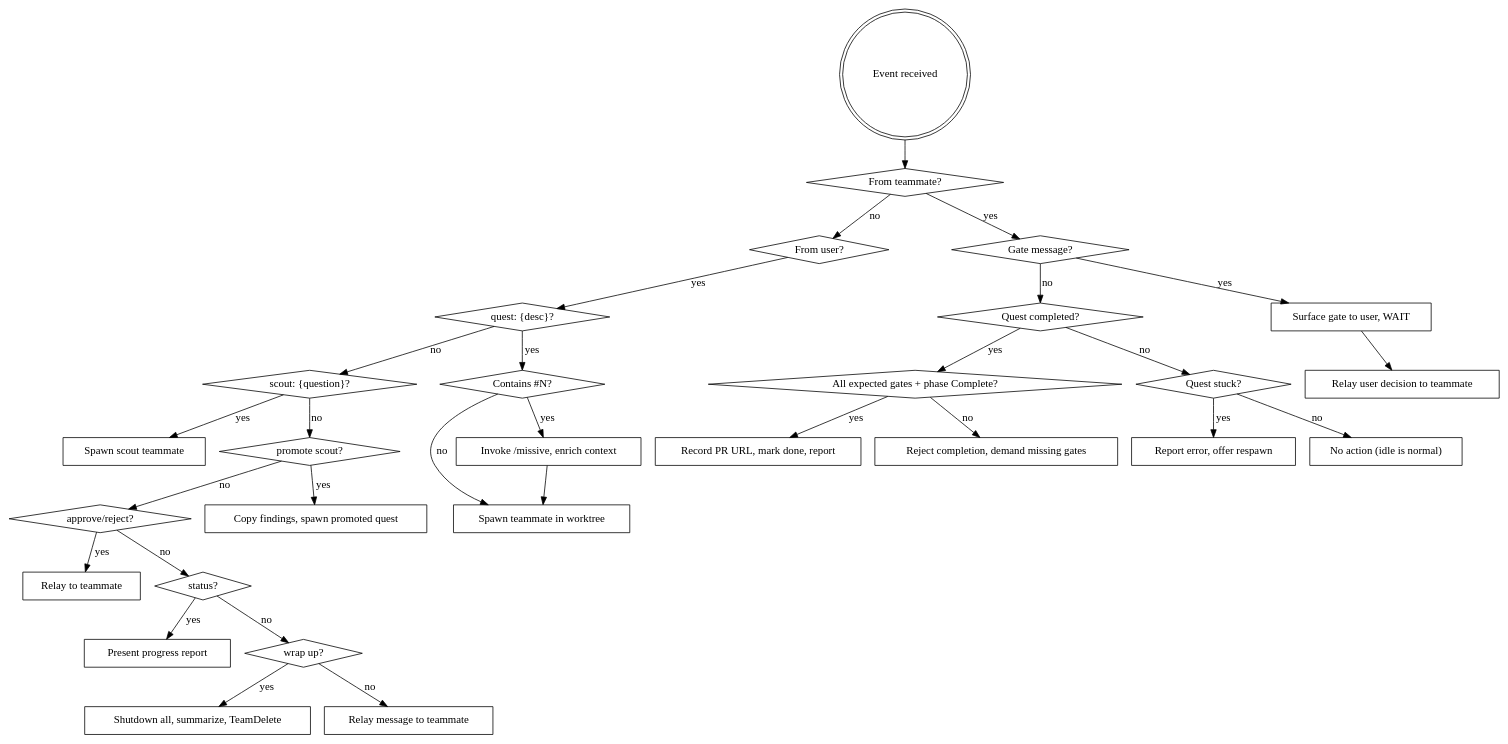
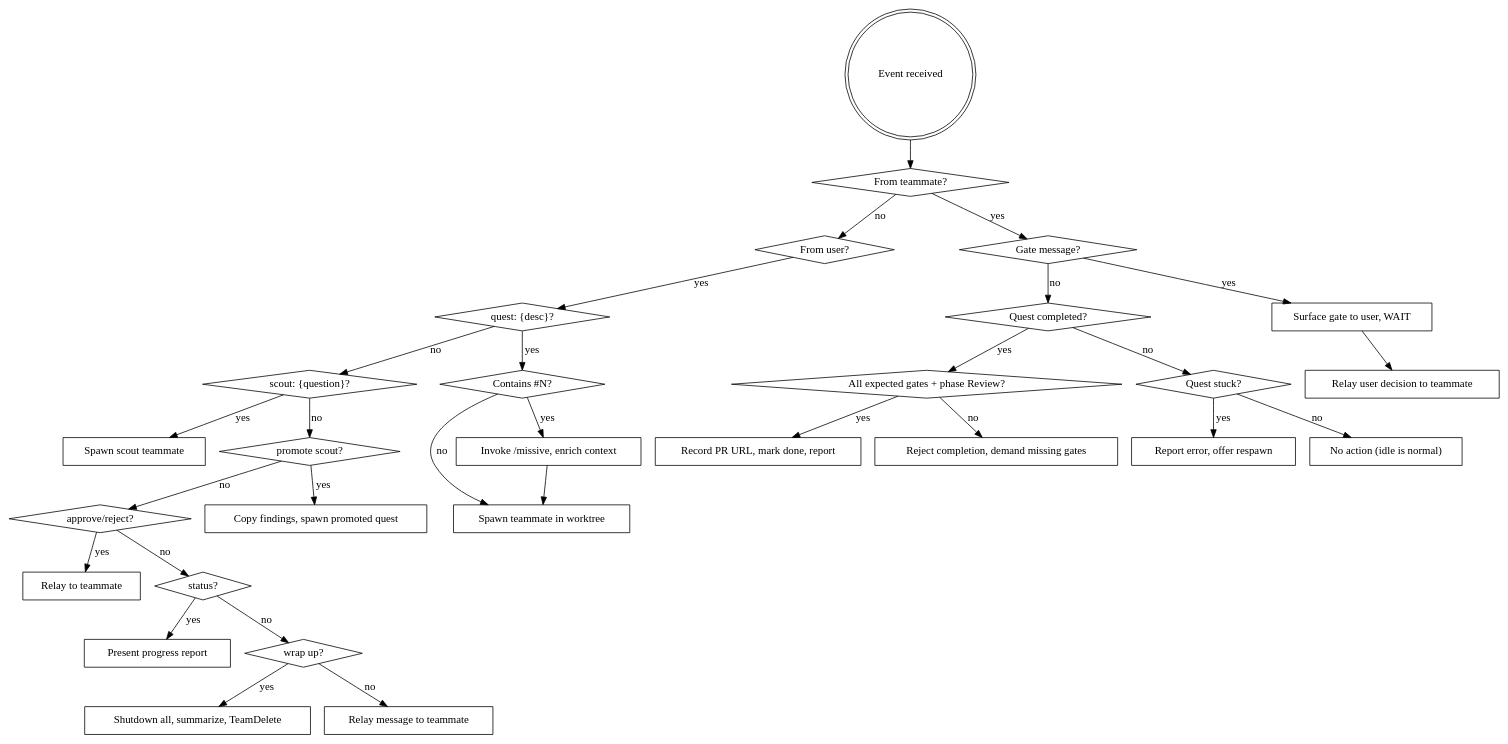
One commit to justinjdev/fellowship changed the diagram in plugin/skills/fellowship/resources/lead-behavior.md. Above: the diagram before and after it, drawn with Graphviz. The commit also changed other lines of this file and 3 other files, not shown here.

````diff
--- a/plugin/skills/fellowship/resources/lead-behavior.md
+++ b/plugin/skills/fellowship/resources/lead-behavior.md
@@ -3,63 +3,63 @@
 ```dot
 digraph gandalf {
     "Event received" [shape=doublecircle];
     "From teammate?" [shape=diamond];
     "From user?" [shape=diamond];
     "Gate message?" [shape=diamond];
     "Quest completed?" [shape=diamond];
-    "All expected gates + phase Complete?" [shape=diamond];
+    "All expected gates + phase Review?" [shape=diamond];
     "Quest stuck?" [shape=diamond];
     "Surface gate to user, WAIT" [shape=box];
     "Relay user decision to teammate" [shape=box];
     "Record PR URL, mark done, report" [shape=box];
     "Reject completion, demand missing gates" [shape=box];
     "Report error, offer respawn" [shape=box];
     "No action (idle is normal)" [shape=box];
     "quest: {desc}?" [shape=diamond];
     "Spawn teammate in worktree" [shape=box];
     "scout: {question}?" [shape=diamond];
     "Spawn scout teammate" [shape=box];
     "approve/reject?" [shape=diamond];
     "Relay to teammate" [shape=box];
     "status?" [shape=diamond];
     "Present progress report" [shape=box];
     "wrap up?" [shape=diamond];
     "Shutdown all, summarize, TeamDelete" [shape=box];
     "Relay message to teammate" [shape=box];
 
     "Event received" -> "From teammate?";
     "From teammate?" -> "Gate message?" [label="yes"];
     "From teammate?" -> "From user?" [label="no"];
     "Gate message?" -> "Surface gate to user, WAIT" [label="yes"];
     "Surface gate to user, WAIT" -> "Relay user decision to teammate";
     "Gate message?" -> "Quest completed?" [label="no"];
-    "Quest completed?" -> "All expected gates + phase Complete?" [label="yes"];
-    "All expected gates + phase Complete?" -> "Record PR URL, mark done, report" [label="yes"];
-    "All expected gates + phase Complete?" -> "Reject completion, demand missing gates" [label="no"];
+    "Quest completed?" -> "All expected gates + phase Review?" [label="yes"];
+    "All expected gates + phase Review?" -> "Record PR URL, mark done, report" [label="yes"];
+    "All expected gates + phase Review?" -> "Reject completion, demand missing gates" [label="no"];
     "Quest completed?" -> "Quest stuck?" [label="no"];
     "Quest stuck?" -> "Report error, offer respawn" [label="yes"];
     "Quest stuck?" -> "No action (idle is normal)" [label="no"];
     "From user?" -> "quest: {desc}?" [label="yes"];
     "Contains #N?" [shape=diamond];
     "Invoke /missive, enrich context" [shape=box];
 
     "quest: {desc}?" -> "Contains #N?" [label="yes"];
     "Contains #N?" -> "Invoke /missive, enrich context" [label="yes"];
     "Invoke /missive, enrich context" -> "Spawn teammate in worktree";
     "Contains #N?" -> "Spawn teammate in worktree" [label="no"];
     "quest: {desc}?" -> "scout: {question}?" [label="no"];
     "scout: {question}?" -> "Spawn scout teammate" [label="yes"];
     "promote scout?" [shape=diamond];
     "Copy findings, spawn promoted quest" [shape=box];
 
     "scout: {question}?" -> "promote scout?" [label="no"];
     "promote scout?" -> "Copy findings, spawn promoted quest" [label="yes"];
     "promote scout?" -> "approve/reject?" [label="no"];
     "approve/reject?" -> "Relay to teammate" [label="yes"];
     "approve/reject?" -> "status?" [label="no"];
     "status?" -> "Present progress report" [label="yes"];
     "status?" -> "wrap up?" [label="no"];
     "wrap up?" -> "Shutdown all, summarize, TeamDelete" [label="yes"];
     "wrap up?" -> "Relay message to teammate" [label="no"];
 }
 ```
````
